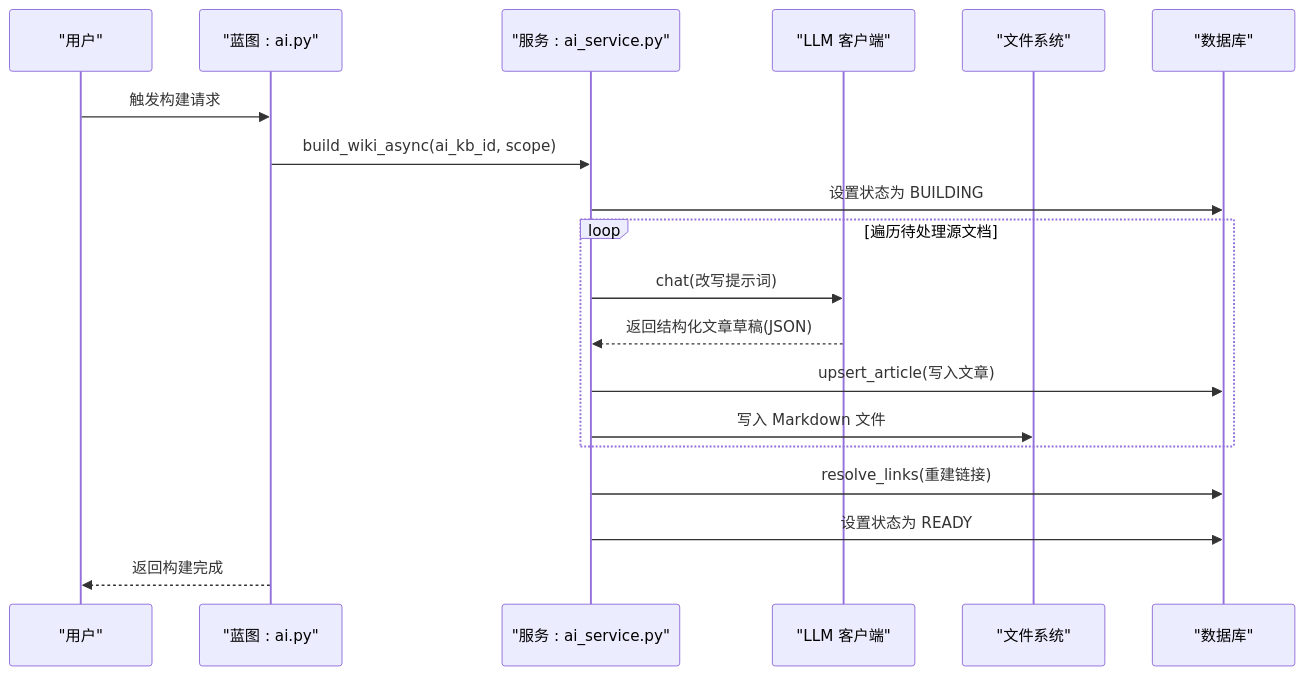
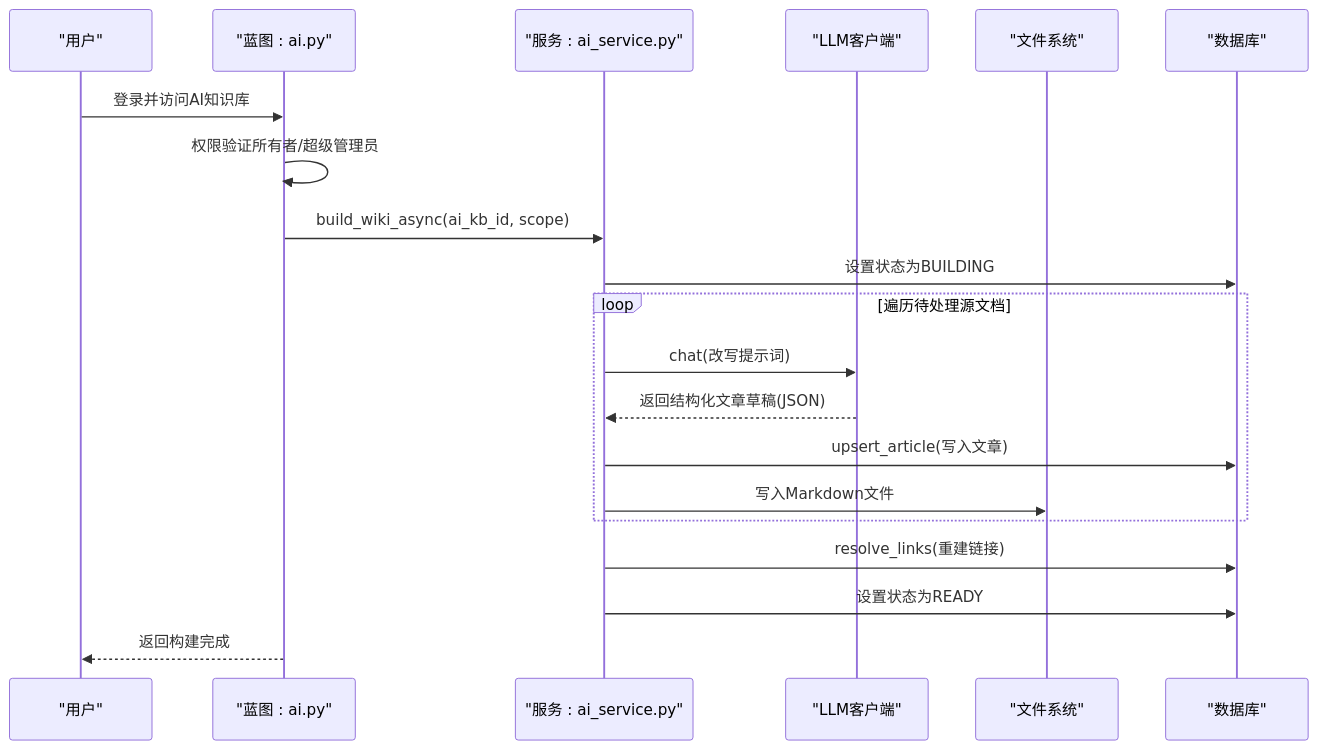
Before and after one commit to beyondalbert/my_wiki: the second of 7 diagrams in .qoder/repowiki/zh/content/核心模块/AI知识库模块/AI知识库模块.md, drawn with Mermaid. The commit also changed other lines of this file and 10 other files, not shown here.

````diff
--- a/.qoder/repowiki/zh/content/核心模块/AI知识库模块/AI知识库模块.md
+++ b/.qoder/repowiki/zh/content/核心模块/AI知识库模块/AI知识库模块.md
@@ -117,21 +143,22 @@
 ```mermaid
 sequenceDiagram
 participant U as "用户"
 participant BP as "蓝图 : ai.py"
 participant SVC as "服务 : ai_service.py"
-participant LLM as "LLM 客户端"
+participant LLM as "LLM客户端"
 participant FS as "文件系统"
 participant DB as "数据库"
-U->>BP : 触发构建请求
+U->>BP : 登录并访问AI知识库
+BP->>BP : 权限验证所有者/超级管理员
 BP->>SVC : build_wiki_async(ai_kb_id, scope)
-SVC->>DB : 设置状态为 BUILDING
+SVC->>DB : 设置状态为BUILDING
 loop 遍历待处理源文档
 SVC->>LLM : chat(改写提示词)
 LLM-->>SVC : 返回结构化文章草稿(JSON)
 SVC->>DB : upsert_article(写入文章)
-SVC->>FS : 写入 Markdown 文件
+SVC->>FS : 写入Markdown文件
 end
 SVC->>DB : resolve_links(重建链接)
-SVC->>DB : 设置状态为 READY
+SVC->>DB : 设置状态为READY
 BP-->>U : 返回构建完成
 ```
````
